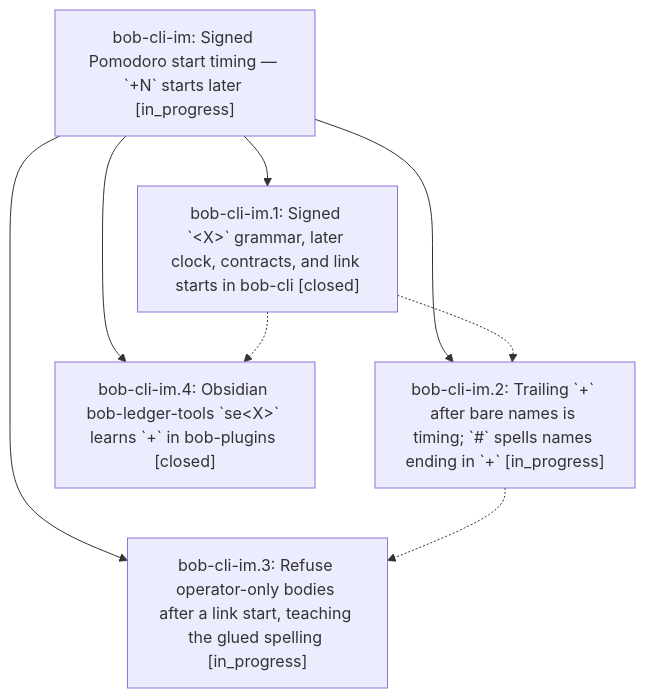
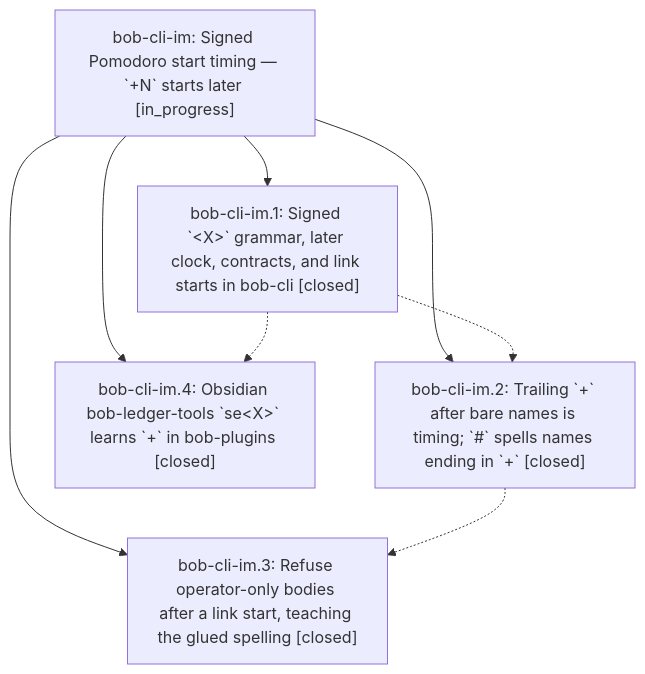
Before and after one commit to bobs-org/bob-cli--beads: the diagram in pages/bob-cli-im/README.md, drawn with Mermaid. The commit also changed other lines of this file and 3 other files, not shown here.

First line of the commit message:
chore(beads): sync bead state and pages for bob-cli-im

````diff
--- a/pages/bob-cli-im/README.md
+++ b/pages/bob-cli-im/README.md
@@ -37,15 +37,15 @@
 ```mermaid
 flowchart TD
     n0["bob-cli-im: Signed Pomodoro start timing — `+N` starts later [in_progress]"]
     n1["bob-cli-im.1: Signed `&lt;X&gt;` grammar, later clock, contracts, and link starts in bob-cli [closed]"]
-    n2["bob-cli-im.2: Trailing `+` after bare names is timing; `#` spells names ending in `+` [in_progress]"]
-    n3["bob-cli-im.3: Refuse operator-only bodies after a link start, teaching the glued spelling [in_progress]"]
+    n2["bob-cli-im.2: Trailing `+` after bare names is timing; `#` spells names ending in `+` [closed]"]
+    n3["bob-cli-im.3: Refuse operator-only bodies after a link start, teaching the glued spelling [closed]"]
     n4["bob-cli-im.4: Obsidian bob-ledger-tools `se&lt;X&gt;` learns `+` in bob-plugins [closed]"]
     n0 --> n1
     n0 --> n2
     n0 --> n3
     n0 --> n4
     n1 -.-> n2
     n1 -.-> n4
     n2 -.-> n3
 ```
````
